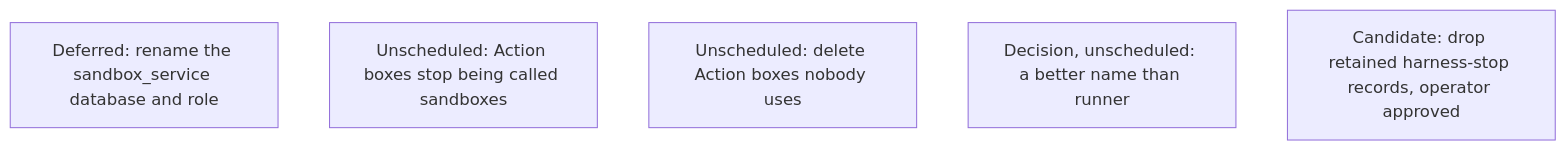
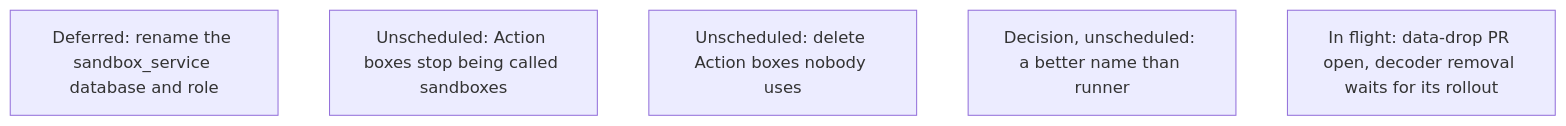
Diagram 12 of 16 in agentplane/plans/task_dag.md (agentydragon-agent/ducktape), drawn with Mermaid before and after one commit. The commit also changed other lines of this file and 25 other files, not shown here.

````diff
--- a/agentplane/plans/task_dag.md
+++ b/agentplane/plans/task_dag.md
@@ -1573,8 +1573,8 @@
 ```mermaid
 flowchart TD
     HISTORY_DATABASE_RENAME[Deferred: rename the sandbox_service database and role]
     ACTION_BOX_RENAME[Unscheduled: Action boxes stop being called sandboxes]
     ACTION_BOX_IDLE_REAPER[Unscheduled: delete Action boxes nobody uses]
     RUNNER_RENAME[Decision, unscheduled: a better name than runner]
-    HARNESS_STOP_HISTORY_CLEANUP[Candidate: drop retained harness-stop records, operator approved]
+    HARNESS_STOP_HISTORY_CLEANUP[In flight: data-drop PR open, decoder removal waits for its rollout]
 ```
````
